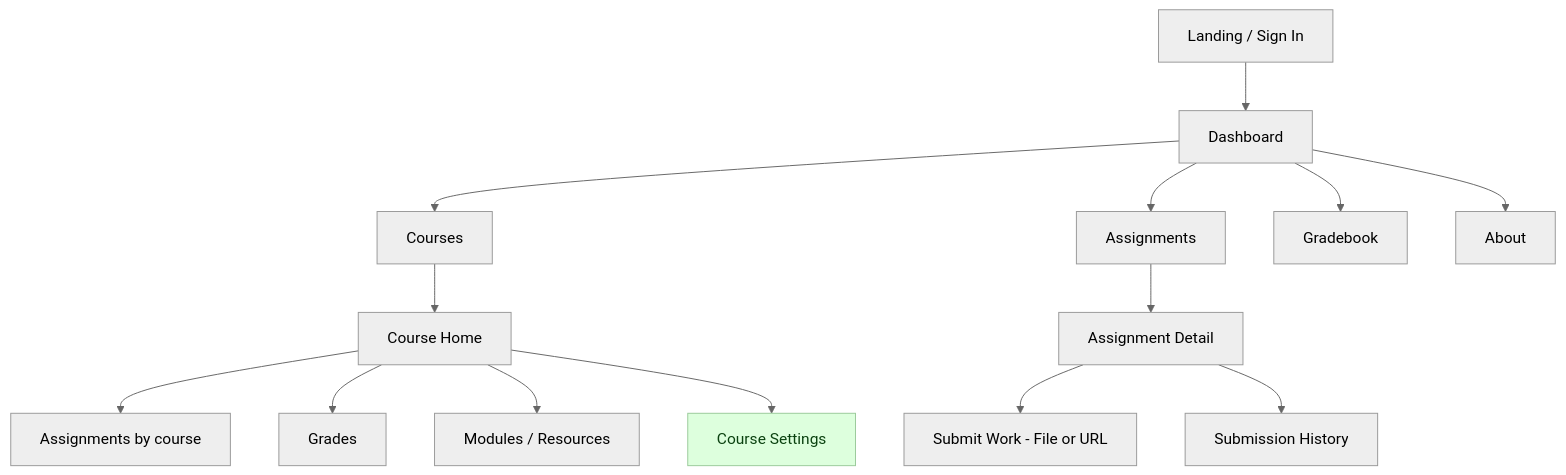
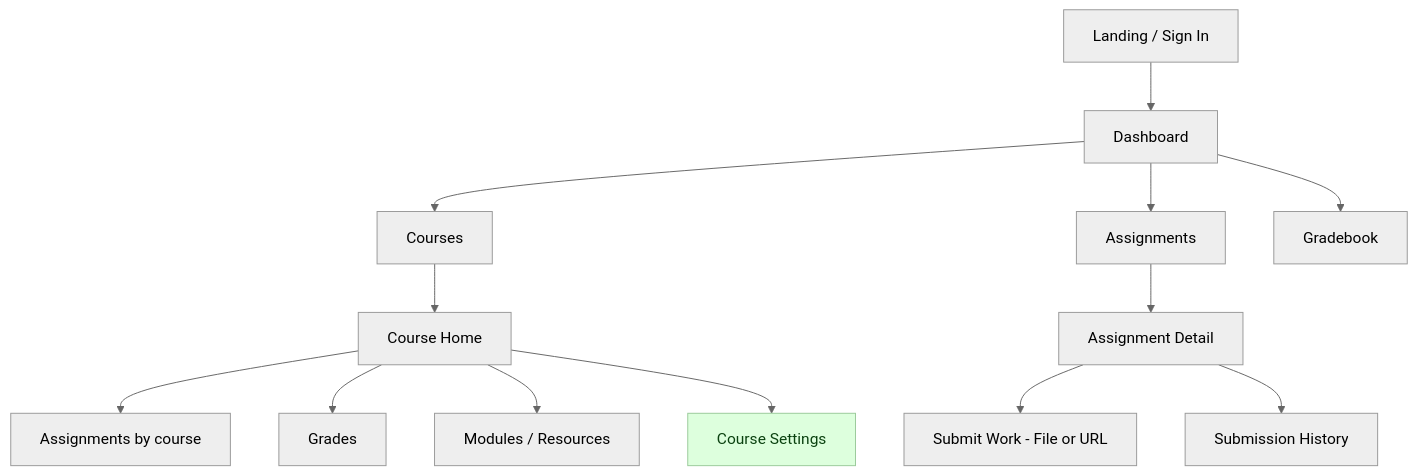
The diagram in apps/docs/public/sitemap.md (bzlatin/f25-cisc474-individual), drawn with Mermaid (neutral theme) before and after one commit. The commit also changed 6 other files, not shown here.

````diff
--- a/apps/docs/public/sitemap.md
+++ b/apps/docs/public/sitemap.md
@@ -3,22 +3,21 @@
 ```mermaid
 flowchart TD
   Landing[Landing / Sign In] --> Dashboard[Dashboard];
 
   Dashboard --> Courses[Courses];
   Dashboard --> Assignments[Assignments];
   Dashboard --> Gradebook[Gradebook];
-  Dashboard --> About[About];
 
   Courses --> CourseHome[Course Home];
   CourseHome --> CourseAssignments[Assignments by course];
   CourseHome --> CourseGrades[Grades];
   CourseHome --> Resources[Modules / Resources];
 
   Assignments --> AssignmentDetail[Assignment Detail];
   AssignmentDetail --> SubmitWork[Submit Work - File or URL];
   AssignmentDetail --> SubmissionHistory[Submission History];
 
   CourseHome --> CourseSettings[Course Settings]:::instructor;
 
   classDef instructor fill:#dfd,stroke:#9aca9a,color:#0b4210;
 ```
````
